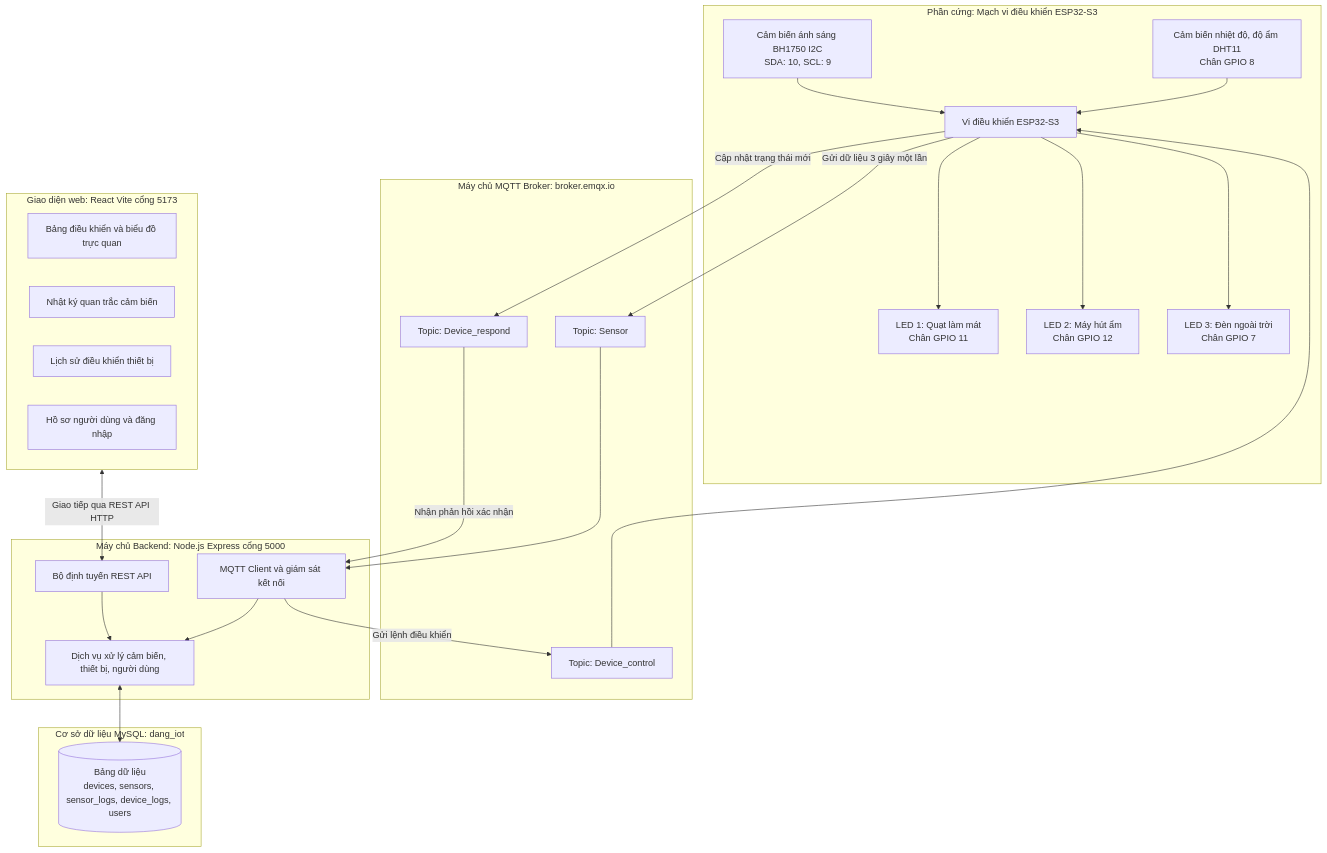
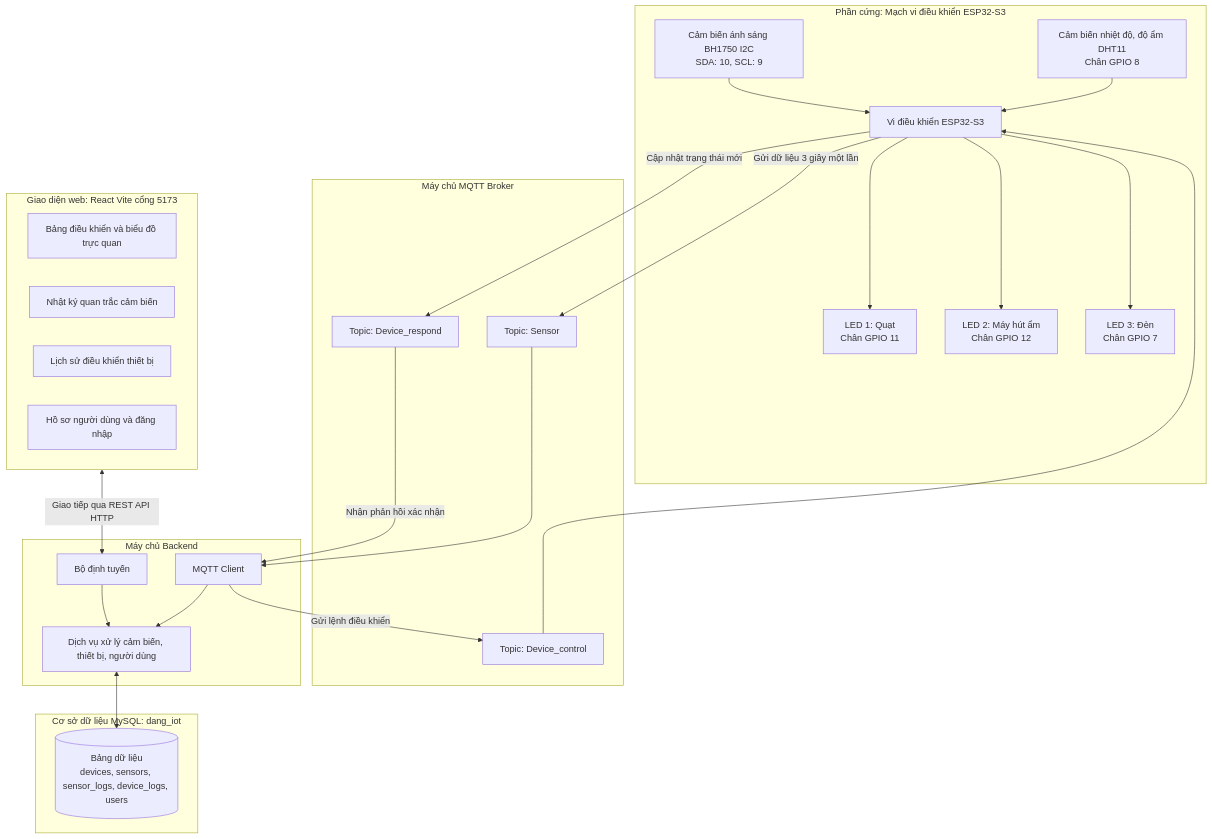
The diagram in README.md (HaiDang2708/IoT), drawn with Mermaid before and after one commit. The commit also changed other lines of this file, not shown here.

````diff
--- a/README.md
+++ b/README.md
@@ -108,46 +108,46 @@
 ```mermaid
 flowchart TD
     subgraph HARDWARE["Phần cứng: Mạch vi điều khiển ESP32-S3"]
         DHT["Cảm biến nhiệt độ, độ ẩm DHT11<br/>Chân GPIO 8"] --> ESP["Vi điều khiển ESP32-S3"]
         BH["Cảm biến ánh sáng BH1750 I2C<br/>SDA: 10, SCL: 9"] --> ESP
-        ESP --> LED1["LED 1: Quạt làm mát<br/>Chân GPIO 11"]
+        ESP --> LED1["LED 1: Quạt<br/>Chân GPIO 11"]
         ESP --> LED2["LED 2: Máy hút ẩm<br/>Chân GPIO 12"]
-        ESP --> LED3["LED 3: Đèn ngoài trời<br/>Chân GPIO 7"]
+        ESP --> LED3["LED 3: Đèn<br/>Chân GPIO 7"]
     end
 
-    subgraph BROKER["Máy chủ MQTT Broker: broker.emqx.io"]
+    subgraph BROKER["Máy chủ MQTT Broker"]
         T_SENSOR["Topic: Sensor"]
         T_CMD["Topic: Device_control"]
         T_ACK["Topic: Device_respond"]
     end
 
-    subgraph BACKEND["Máy chủ Backend: Node.js Express cổng 5000"]
-        MQTT_CLIENT["MQTT Client và giám sát kết nối"]
-        REST_API["Bộ định tuyến REST API"]
+    subgraph BACKEND["Máy chủ Backend"]
+        MQTT_CLIENT["MQTT Client"]
+        REST_API["Bộ định tuyến"]
         SERVICES["Dịch vụ xử lý cảm biến, thiết bị, người dùng"]
     end
 
     subgraph DATABASE["Cơ sở dữ liệu MySQL: dang_iot"]
         DB[("Bảng dữ liệu<br/>devices, sensors, sensor_logs, device_logs, users")]
     end
 
     subgraph FRONTEND["Giao diện web: React Vite cổng 5173"]
         UI_DASH["Bảng điều khiển và biểu đồ trực quan"]
         UI_SENS["Nhật ký quan trắc cảm biến"]
         UI_HIST["Lịch sử điều khiển thiết bị"]
         UI_PROF["Hồ sơ người dùng và đăng nhập"]
     end
 
     ESP -->|Gửi dữ liệu 3 giây một lần| T_SENSOR
     T_SENSOR --> MQTT_CLIENT
     T_ACK -->|Nhận phản hồi xác nhận| MQTT_CLIENT
     ESP -->|Cập nhật trạng thái mới| T_ACK
     MQTT_CLIENT -->|Gửi lệnh điều khiển| T_CMD
     T_CMD --> ESP
 
     MQTT_CLIENT --> SERVICES
     REST_API --> SERVICES
     SERVICES <--> DB
 
     FRONTEND <-->|Giao tiếp qua REST API HTTP| REST_API
 ```
````
